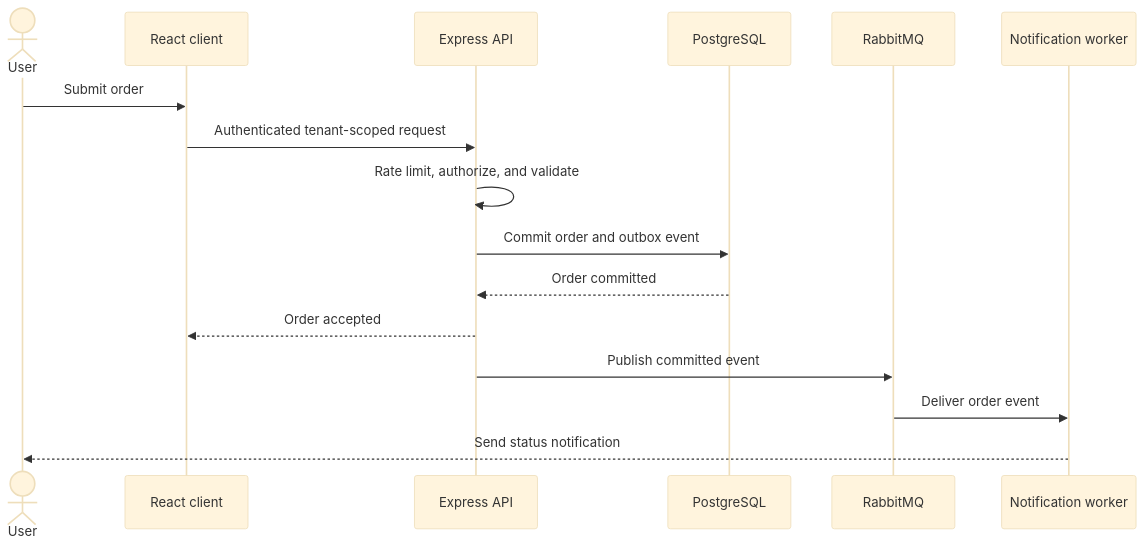
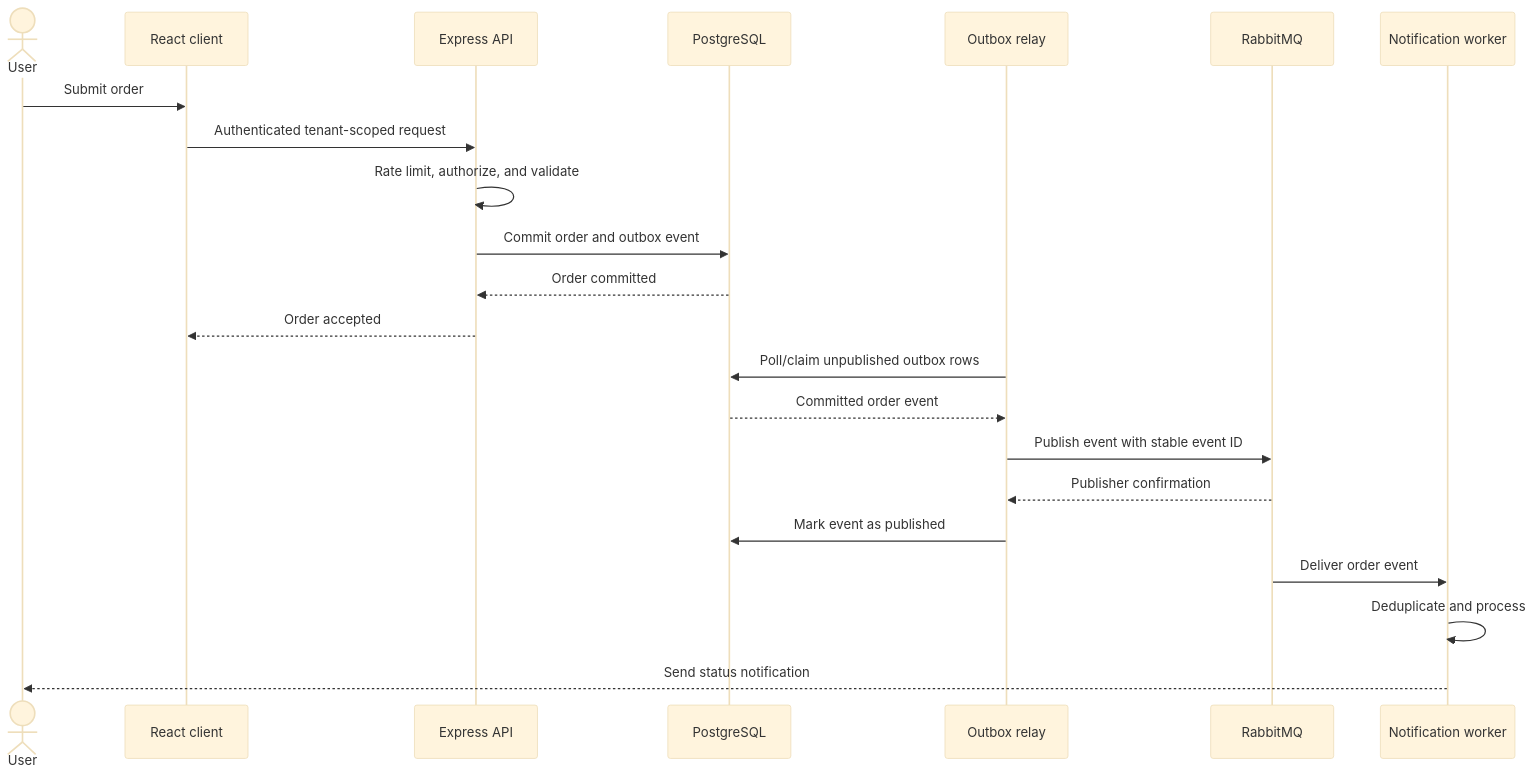
The second of 2 diagrams in docs/proposed-architecture.md (caelumregis/finmark), drawn with Mermaid (base theme) before and after one commit. The commit also changed other lines of this file and 6 other files, not shown here.

````diff
--- a/docs/proposed-architecture.md
+++ b/docs/proposed-architecture.md
@@ -76,19 +91,25 @@
 ```mermaid
 sequenceDiagram
     actor User
     participant UI as React client
     participant API as Express API
     participant DB as PostgreSQL
+    participant Relay as Outbox relay
     participant MQ as RabbitMQ
     participant Worker as Notification worker
 
     User->>UI: Submit order
     UI->>API: Authenticated tenant-scoped request
     API->>API: Rate limit, authorize, and validate
     API->>DB: Commit order and outbox event
     DB-->>API: Order committed
     API-->>UI: Order accepted
-    API->>MQ: Publish committed event
+    Relay->>DB: Poll/claim unpublished outbox rows
+    DB-->>Relay: Committed order event
+    Relay->>MQ: Publish event with stable event ID
+    MQ-->>Relay: Publisher confirmation
+    Relay->>DB: Mark event as published
     MQ->>Worker: Deliver order event
+    Worker->>Worker: Deduplicate and process
     Worker-->>User: Send status notification
 ```
````
